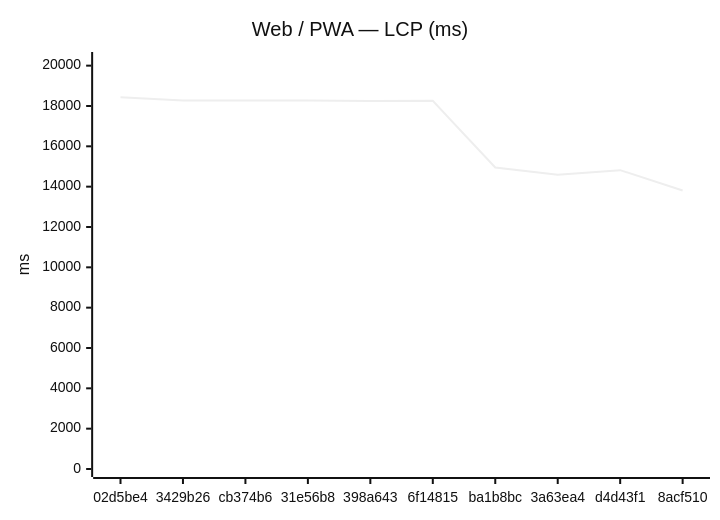
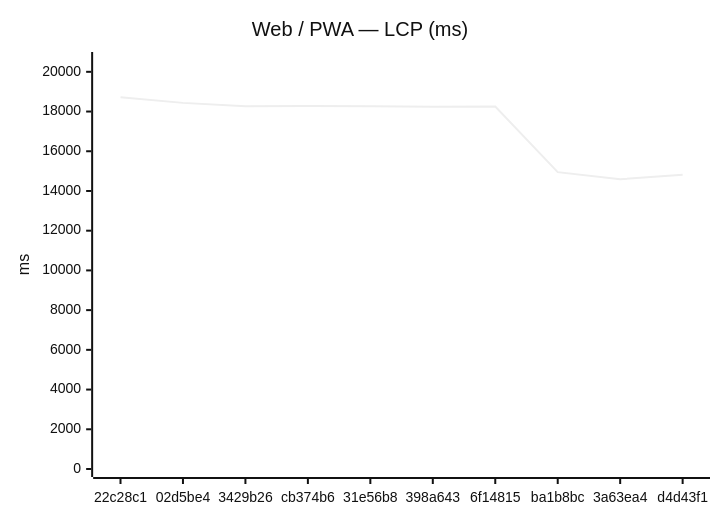
Before and after one commit to Metaheurist/Rianell: the first of 18 diagrams in benchmarks/compare.md, drawn with Mermaid (neutral theme). The commit also changed other lines of this file and 11 other files, not shown here.

````diff
--- a/benchmarks/compare.md
+++ b/benchmarks/compare.md
@@ -24,7 +24,7 @@
 ```mermaid
 xychart-beta
     title "Web / PWA — LCP (ms)"
-    x-axis ["02d5be4", "3429b26", "cb374b6", "31e56b8", "398a643", "6f14815", "ba1b8bc", "3a63ea4", "d4d43f1", "8acf510"]
-    y-axis "ms" 0 --> 20280
-    line [18436, 18270, 18278, 18267, 18242, 18254, 14947, 14588, 14818, 13807]
+    x-axis ["22c28c1", "02d5be4", "3429b26", "cb374b6", "31e56b8", "398a643", "6f14815", "ba1b8bc", "3a63ea4", "d4d43f1"]
+    y-axis "ms" 0 --> 20595
+    line [18722, 18436, 18270, 18278, 18267, 18242, 18254, 14947, 14588, 14818]
 ```
````
